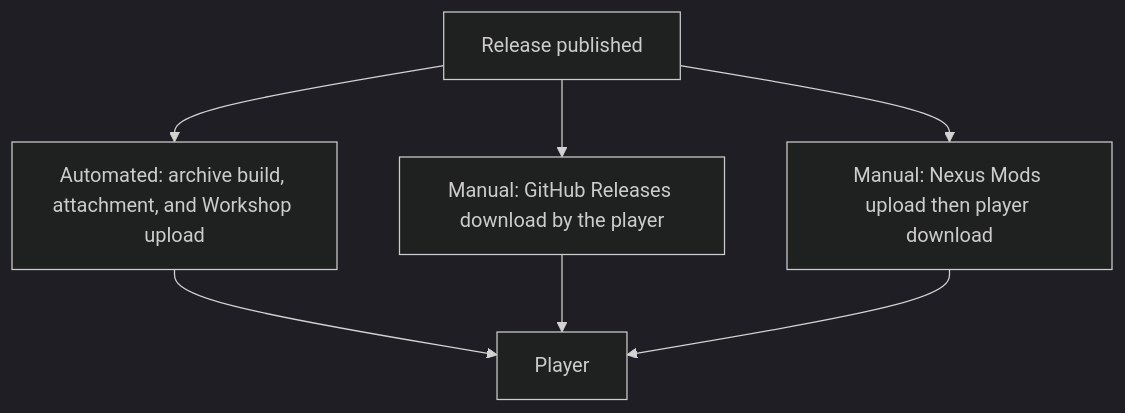
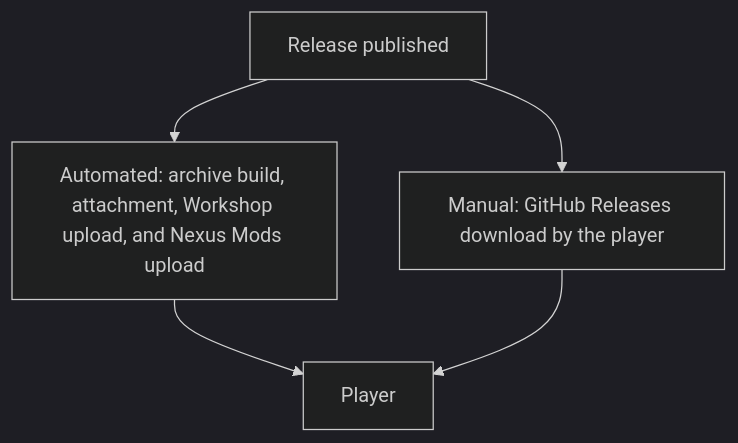
Before and after one commit to hmlendea/imperator-dracones-invictus: the second of 2 diagrams in docs/flows/release-and-publishing.md, drawn with Mermaid (dark theme). The commit also changed other lines of this file and 24 other files, not shown here.

Commit message:
ci: Created the Nexus Mods Release workflow

````diff
--- a/docs/flows/release-and-publishing.md
+++ b/docs/flows/release-and-publishing.md
@@ -71,10 +78,8 @@
 ```mermaid
 flowchart TD
     Release[Release published]
-    Release --> Auto[Automated: archive build, attachment, and Workshop upload]
+    Release --> Auto[Automated: archive build, attachment, Workshop upload, and Nexus Mods upload]
     Release --> ManualGh[Manual: GitHub Releases download by the player]
-    Release --> ManualNexus[Manual: Nexus Mods upload then player download]
     Auto --> Player[Player]
     ManualGh --> Player
-    ManualNexus --> Player
 ```
````
